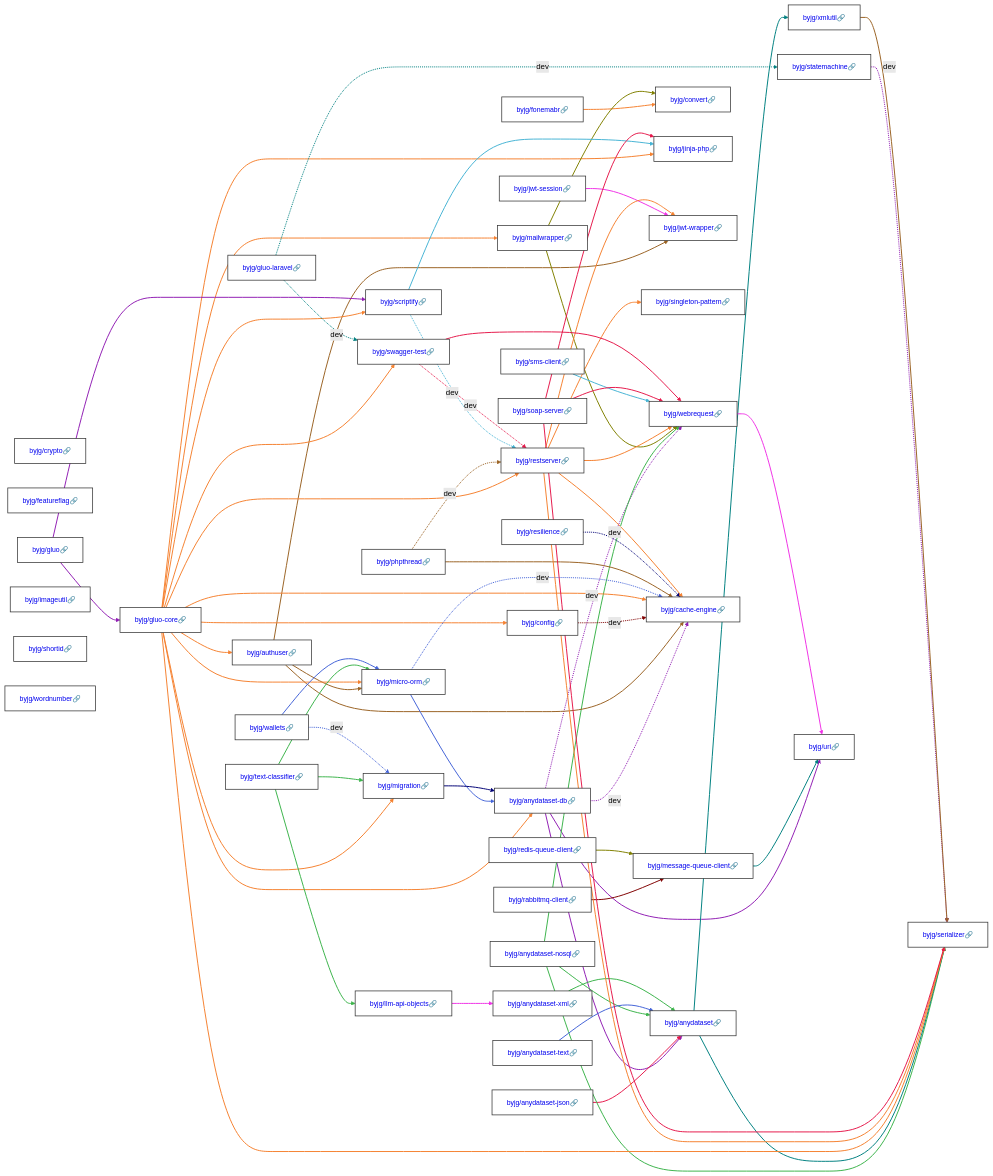
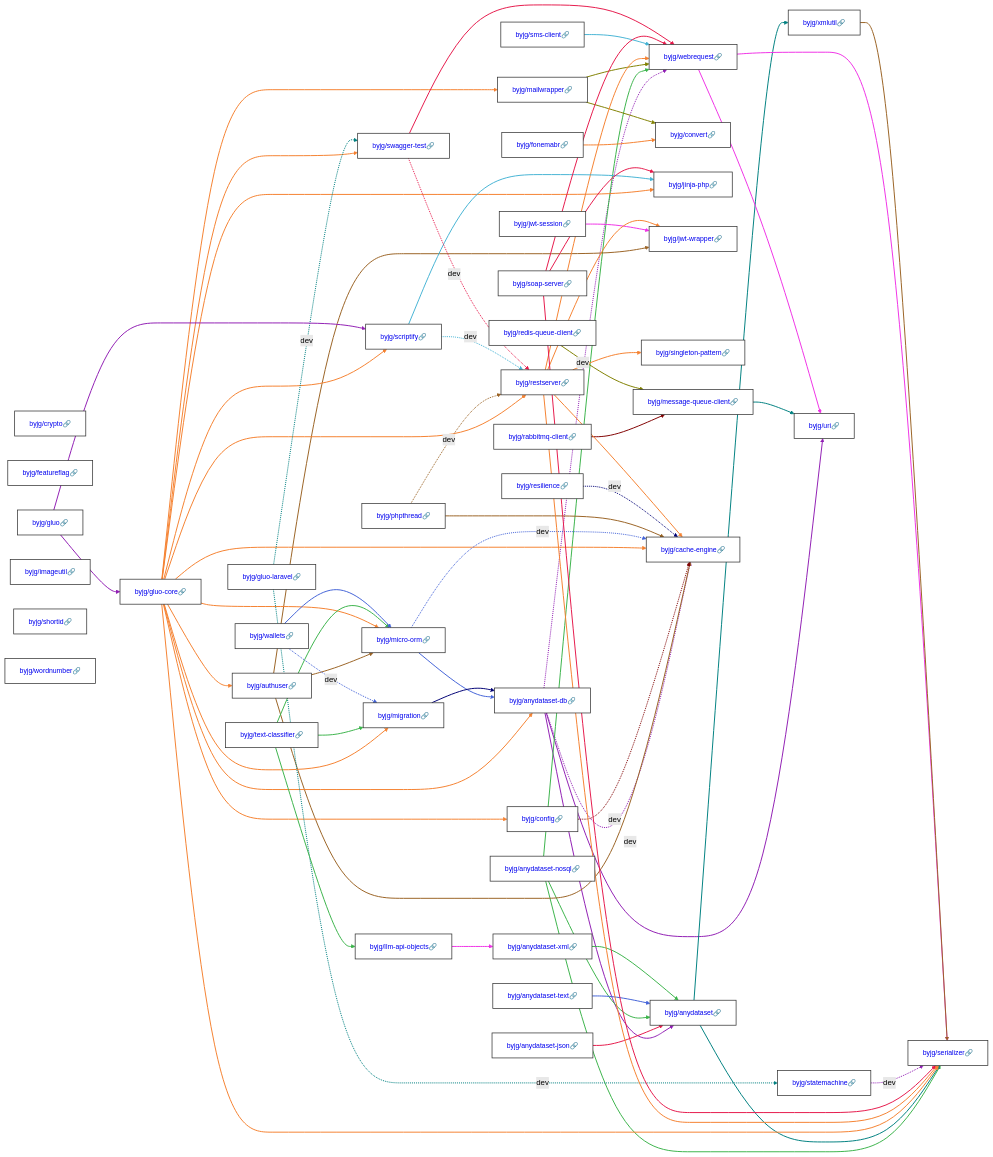
The diagram in docs/php/README.md (byjg/byjg.github.io), drawn with Mermaid (forest theme) before and after one commit. The commit also changed 5 other files, not shown here.

```diff
--- a/docs/php/README.md
+++ b/docs/php/README.md
@@ -116,6 +116,7 @@
   byjg/text-classifier --> byjg/migration;
   byjg/wallets --> byjg/micro-orm;
   byjg/wallets -.->|dev| byjg/migration;
+  byjg/webrequest --> byjg/serializer;
   byjg/webrequest --> byjg/uri;
   byjg/xmlutil --> byjg/serializer;
   linkStyle 0 stroke:#911eb4,stroke-width:2px;
@@ -184,7 +185,8 @@
   linkStyle 63 stroke:#4363d8,stroke-width:2px;
   linkStyle 64 stroke:#4363d8,stroke-width:2px;
   linkStyle 65 stroke:#f032e6,stroke-width:2px;
-  linkStyle 66 stroke:#9a6324,stroke-width:2px;
+  linkStyle 66 stroke:#f032e6,stroke-width:2px;
+  linkStyle 67 stroke:#9a6324,stroke-width:2px;
   classDef default fill:#ffffff,stroke:#333,stroke-width:1.5px,color:#000,font-size:14px;
   classDef highlight fill:#ffef96,stroke:#ff9900,stroke-width:3px;
   classDef deprecated fill:#f8f8f8,stroke:#cccccc,stroke-dasharray: 5 5,stroke-width:1px,color:#999;
```
